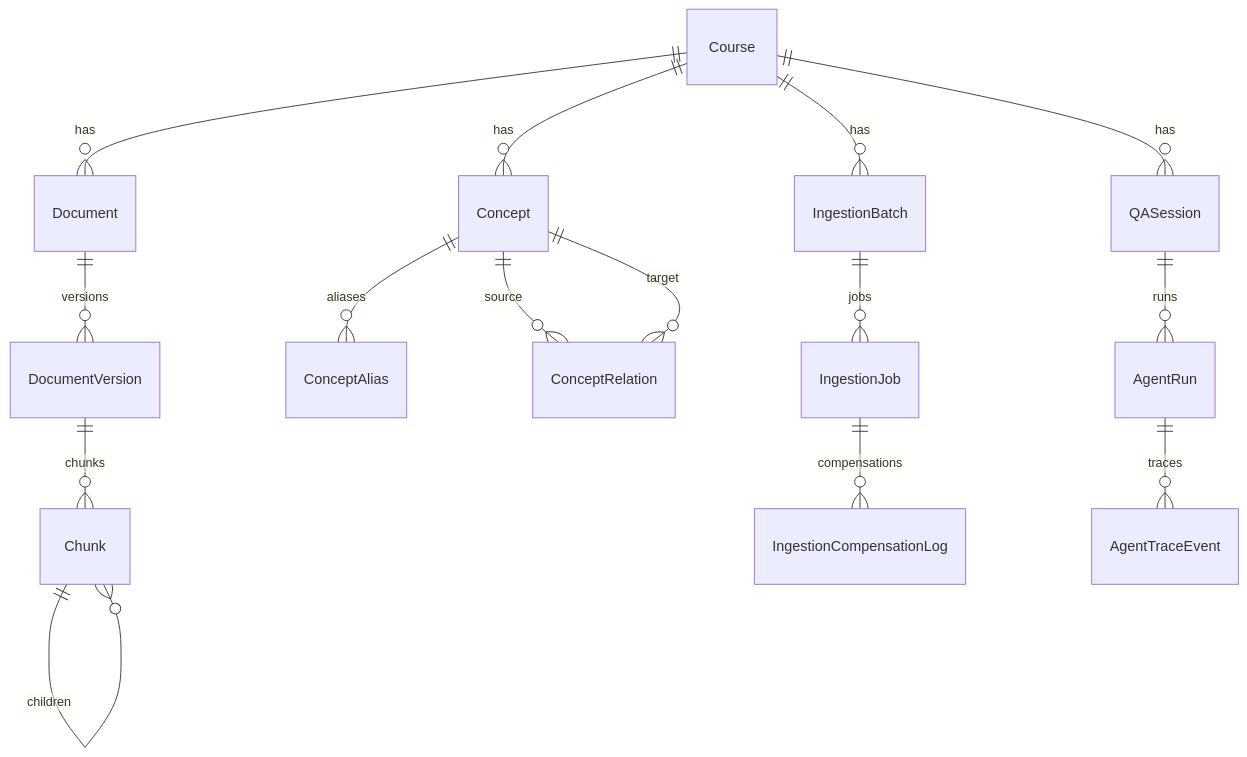
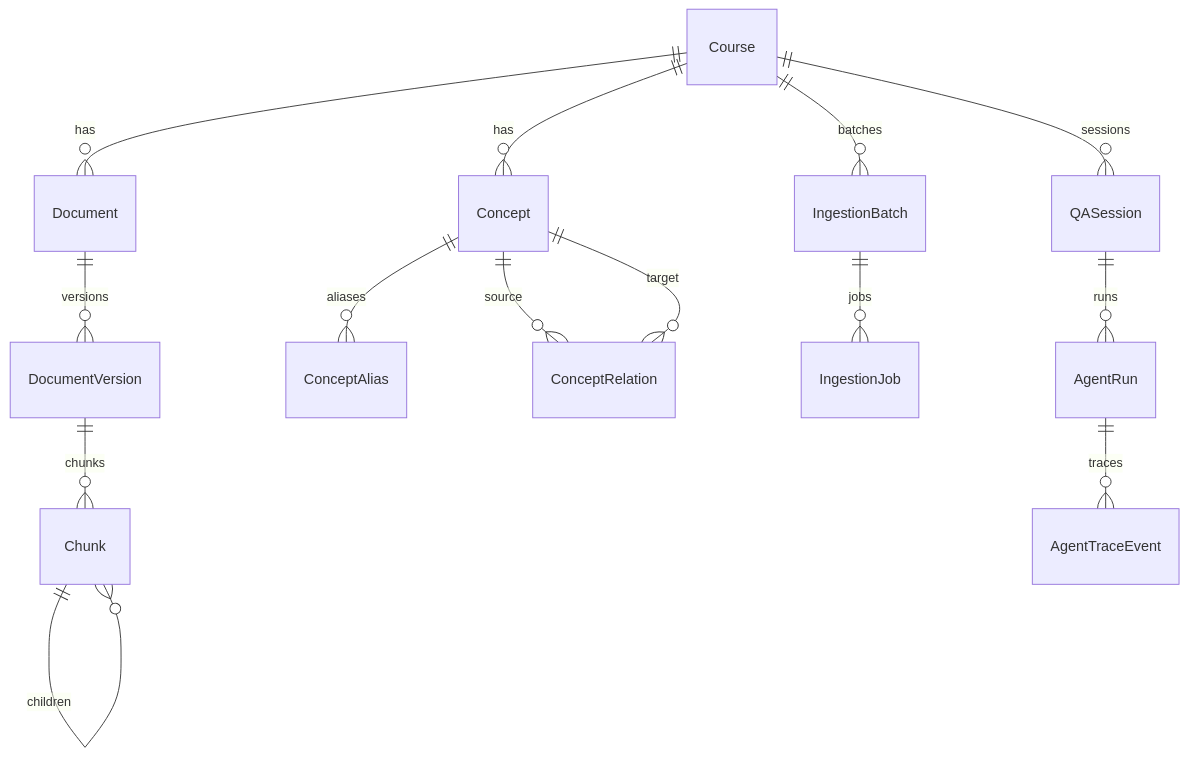
Before and after one commit to Sggggt/DialoGraph: the fifth of 5 diagrams in README.md, drawn with Mermaid. The commit also changed other lines of this file and 38 other files, not shown here.

Commit message:
v4.0: 图谱生成重要升级，主要引入了RNN+KNN新型构图算法和社区分析

````diff
--- a/README.md
+++ b/README.md
@@ -201,17 +282,16 @@
 ```mermaid
 erDiagram
     Course ||--o{ Document : has
-    Course ||--o{ Concept : has
-    Course ||--o{ IngestionBatch : has
-    Course ||--o{ QASession : has
     Document ||--o{ DocumentVersion : versions
     DocumentVersion ||--o{ Chunk : chunks
     Chunk ||--o{ Chunk : children
+    Course ||--o{ Concept : has
     Concept ||--o{ ConceptAlias : aliases
     Concept ||--o{ ConceptRelation : source
     Concept ||--o{ ConceptRelation : target
+    Course ||--o{ IngestionBatch : batches
     IngestionBatch ||--o{ IngestionJob : jobs
-    IngestionJob ||--o{ IngestionCompensationLog : compensations
+    Course ||--o{ QASession : sessions
     QASession ||--o{ AgentRun : runs
     AgentRun ||--o{ AgentTraceEvent : traces
 ```
````
